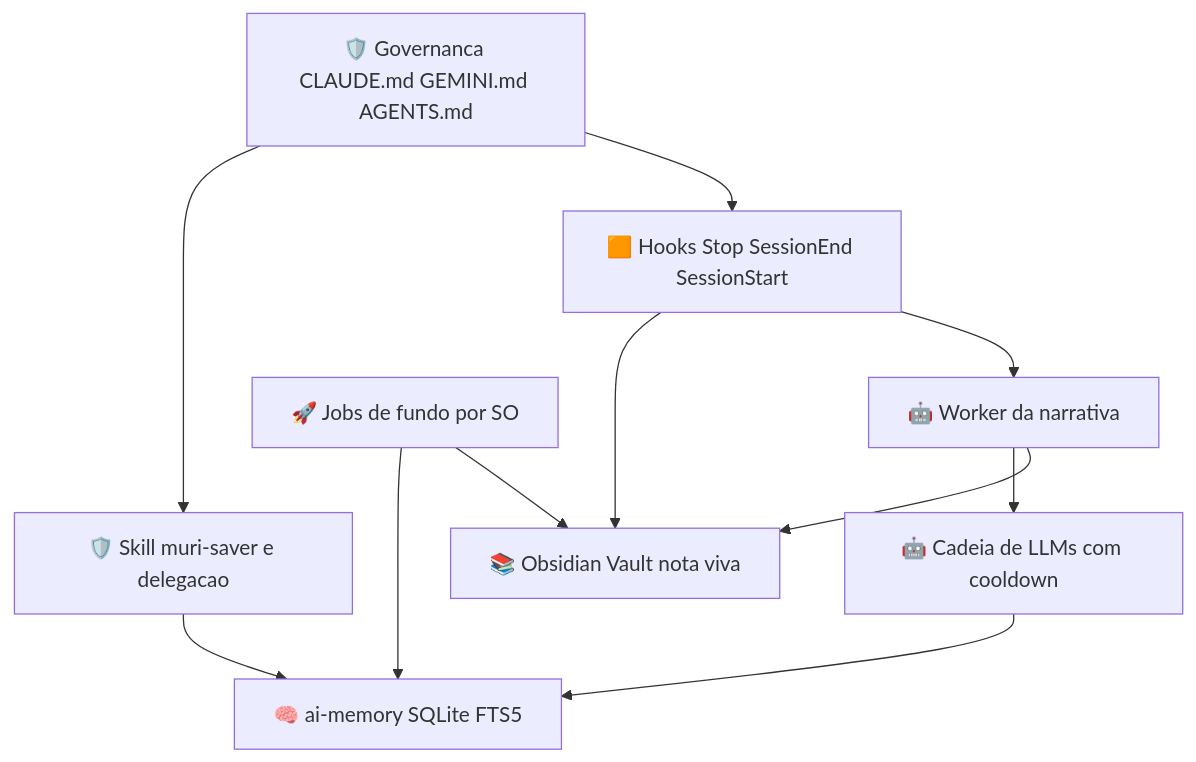
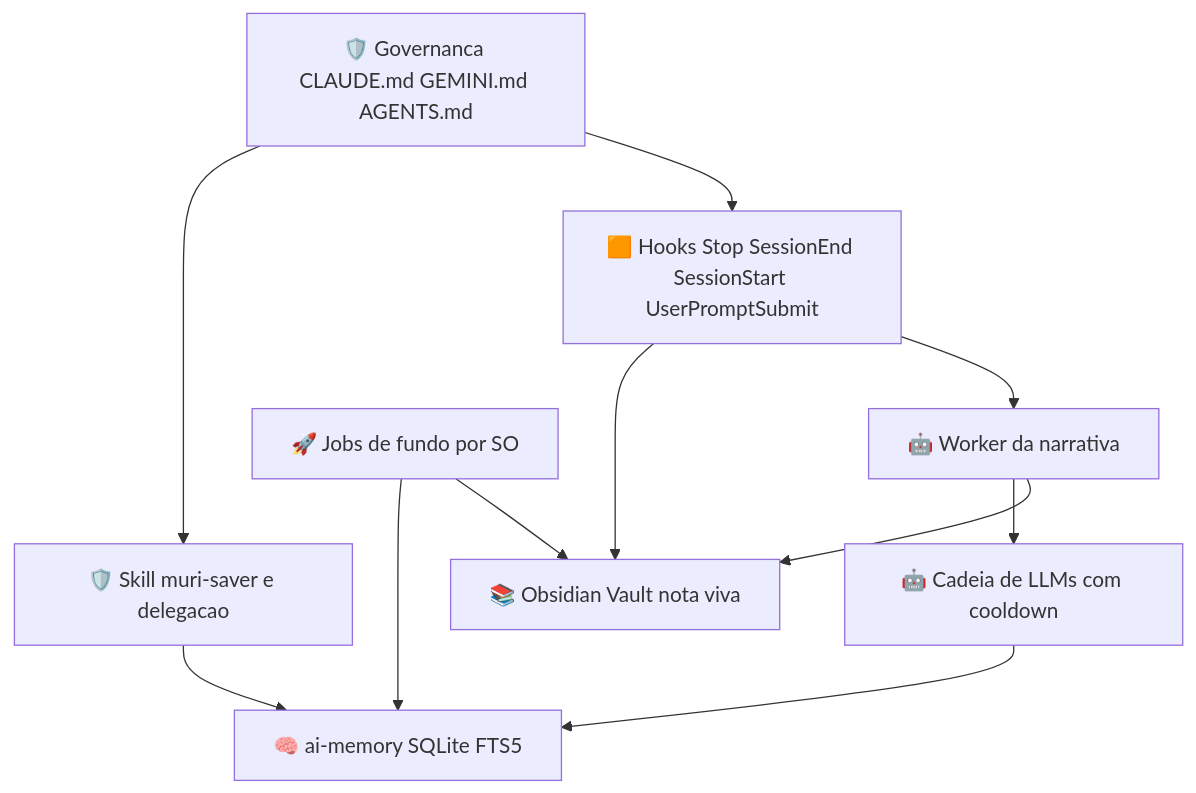
One commit to murilolol/muri-saver changed the first of 2 diagrams in docs/architecture.md. Above: the diagram before and after it, drawn with Mermaid. The commit also changed other lines of this file and 14 other files, not shown here.

````diff
--- a/docs/architecture.md
+++ b/docs/architecture.md
@@ -30,22 +30,22 @@
 ```mermaid
 graph TD
     Gov["🛡️ Governanca CLAUDE.md GEMINI.md AGENTS.md"]
     Skill["🛡️ Skill muri-saver e delegacao"]
-    Hooks["🟧 Hooks Stop SessionEnd SessionStart"]
+    Hooks["🟧 Hooks Stop SessionEnd SessionStart UserPromptSubmit"]
     Worker["🤖 Worker da narrativa"]
     Chain["🤖 Cadeia de LLMs com cooldown"]
     Jobs["🚀 Jobs de fundo por SO"]
     AiMemory["🧠 ai-memory SQLite FTS5"]
     Vault["📚 Obsidian Vault nota viva"]
 
     Gov --> Skill
     Gov --> Hooks
     Hooks --> Vault
     Hooks --> Worker
     Worker --> Chain
     Worker --> Vault
     Chain --> AiMemory
     Jobs --> AiMemory
     Jobs --> Vault
     Skill --> AiMemory
 ```
````
